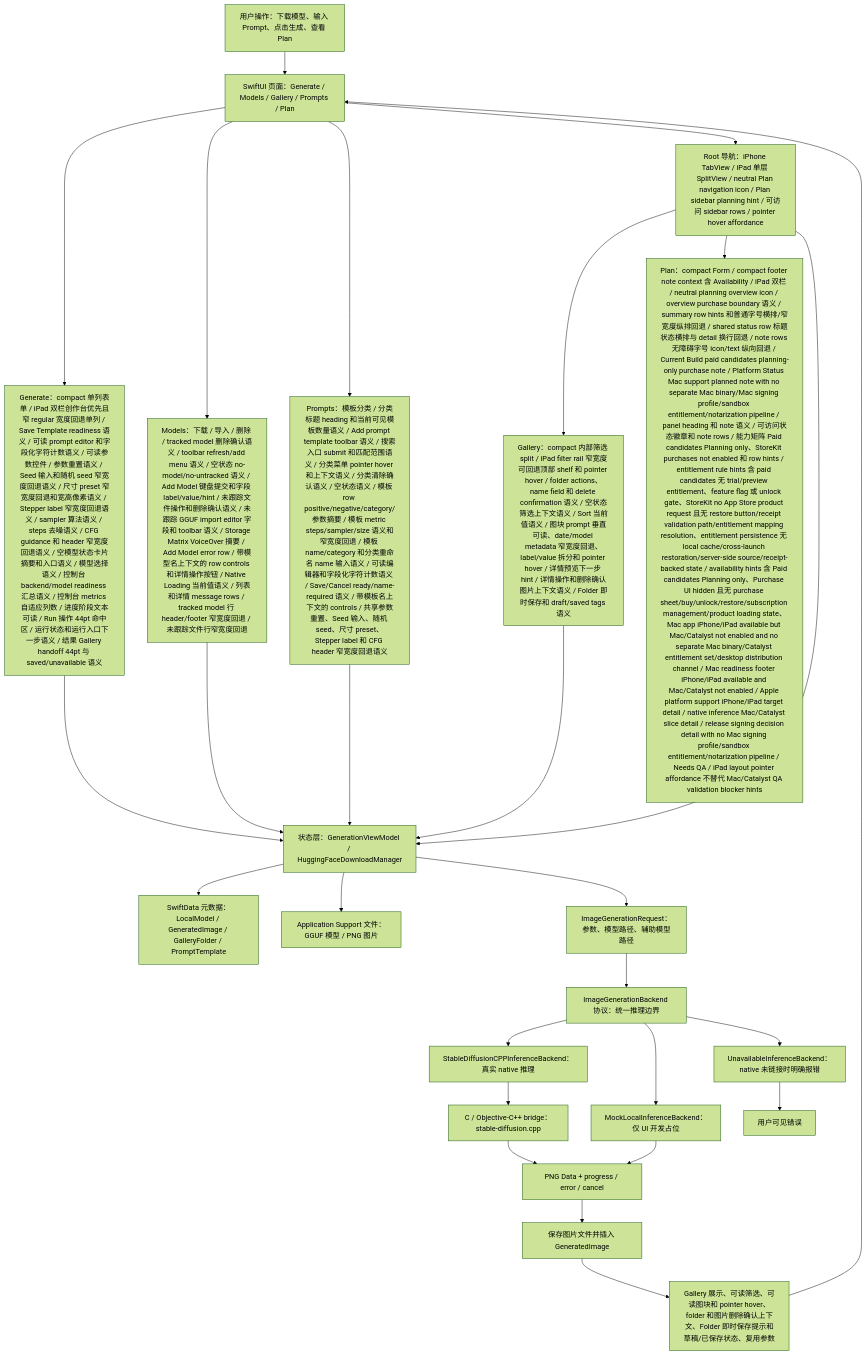
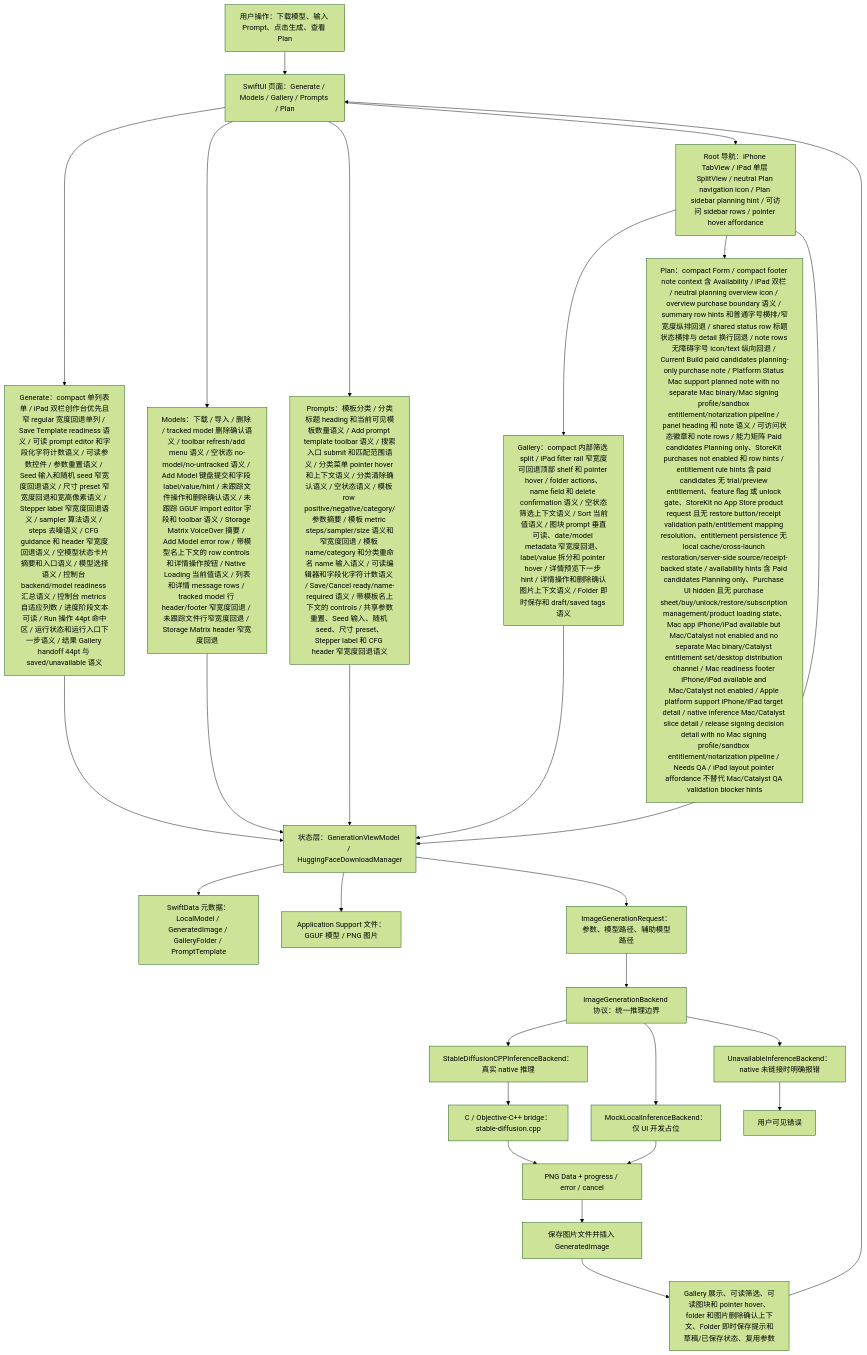
One commit to Altman-sam114/118 changed the first of 7 diagrams in md/flow/flowchart.md. Above: the diagram before and after it, drawn with Mermaid (forest theme). The commit also changed 5 other files, not shown here.

First line of the commit message:
v1.139: Storage matrix header fallback

````diff
--- a/md/flow/flowchart.md
+++ b/md/flow/flowchart.md
@@ -9,29 +9,29 @@
 ```mermaid
 flowchart TD
   U["用户操作：下载模型、输入 Prompt、点击生成、查看 Plan"] --> UI["SwiftUI 页面：Generate / Models / Gallery / Prompts / Plan"]
   UI --> GENUI["Generate：compact 单列表单 / iPad 双栏创作台优先且窄 regular 宽度回退单列 / Save Template readiness 语义 / 可读 prompt editor 和字段化字符计数语义 / 可读参数控件 / 参数重置语义 / Seed 输入和随机 seed 窄宽度回退语义 / 尺寸 preset 窄宽度回退和宽高像素语义 / Stepper label 窄宽度回退语义 / sampler 算法语义 / steps 去噪语义 / CFG guidance 和 header 窄宽度回退语义 / 空模型状态卡片摘要和入口语义 / 模型选择语义 / 控制台 backend/model readiness 汇总语义 / 控制台 metrics 自适应列数 / 进度阶段文本可读 / Run 操作 44pt 命中区 / 运行状态和运行入口下一步语义 / 结果 Gallery handoff 44pt 与 saved/unavailable 语义"]
-  UI --> MODELUI["Models：下载 / 导入 / 删除 / tracked model 删除确认语义 / toolbar refresh/add menu 语义 / 空状态 no-model/no-untracked 语义 / Add Model 键盘提交和字段 label/value/hint / 未跟踪文件操作和删除确认语义 / 未跟踪 GGUF import editor 字段和 toolbar 语义 / Storage Matrix VoiceOver 摘要 / Add Model error row / 带模型名上下文的 row controls 和详情操作按钮 / Native Loading 当前值语义 / 列表和详情 message rows / tracked model 行 header/footer 窄宽度回退 / 未跟踪文件行窄宽度回退"]
+  UI --> MODELUI["Models：下载 / 导入 / 删除 / tracked model 删除确认语义 / toolbar refresh/add menu 语义 / 空状态 no-model/no-untracked 语义 / Add Model 键盘提交和字段 label/value/hint / 未跟踪文件操作和删除确认语义 / 未跟踪 GGUF import editor 字段和 toolbar 语义 / Storage Matrix VoiceOver 摘要 / Add Model error row / 带模型名上下文的 row controls 和详情操作按钮 / Native Loading 当前值语义 / 列表和详情 message rows / tracked model 行 header/footer 窄宽度回退 / 未跟踪文件行窄宽度回退 / Storage Matrix header 窄宽度回退"]
   UI --> PROMPTUI["Prompts：模板分类 / 分类标题 heading 和当前可见模板数量语义 / Add prompt template toolbar 语义 / 搜索入口 submit 和匹配范围语义 / 分类菜单 pointer hover 和上下文语义 / 分类清除确认语义 / 空状态语义 / 模板 row positive/negative/category/参数摘要 / 模板 metric steps/sampler/size 语义和窄宽度回退 / 模板 name/category 和分类重命名 name 输入语义 / 可读编辑器和字段化字符计数语义 / Save/Cancel ready/name-required 语义 / 带模板名上下文的 controls / 共享参数重置、Seed 输入、随机 seed、尺寸 preset、Stepper label 和 CFG header 窄宽度回退语义"]
   UI --> NAV["Root 导航：iPhone TabView / iPad 单层 SplitView / neutral Plan navigation icon / Plan sidebar planning hint / 可访问 sidebar rows / pointer hover affordance"]
   NAV --> GALUI["Gallery：compact 内部筛选 split / iPad filter rail 窄宽度可回退顶部 shelf 和 pointer hover / folder actions、name field 和 delete confirmation 语义 / 空状态筛选上下文语义 / Sort 当前值语义 / 图块 prompt 垂直可读、date/model metadata 窄宽度回退、label/value 拆分和 pointer hover / 详情预览下一步 hint / 详情操作和删除确认图片上下文语义 / Folder 即时保存和 draft/saved tags 语义"]
   NAV --> PLANUI["Plan：compact Form / compact footer note context 含 Availability / iPad 双栏 / neutral planning overview icon / overview purchase boundary 语义 / summary row hints 和普通字号横排/窄宽度纵排回退 / shared status row 标题状态横排与 detail 换行回退 / note rows 无障碍字号 icon/text 纵向回退 / Current Build paid candidates planning-only purchase note / Platform Status Mac support planned note with no separate Mac binary/Mac signing profile/sandbox entitlement/notarization pipeline / panel heading 和 note 语义 / 可访问状态徽章和 note rows / 能力矩阵 Paid candidates Planning only、StoreKit purchases not enabled 和 row hints / entitlement rule hints 含 paid candidates 无 trial/preview entitlement、feature flag 或 unlock gate、StoreKit no App Store product request 且无 restore button/receipt validation path/entitlement mapping resolution、entitlement persistence 无 local cache/cross-launch restoration/server-side source/receipt-backed state / availability hints 含 Paid candidates Planning only、Purchase UI hidden 且无 purchase sheet/buy/unlock/restore/subscription management/product loading state、Mac app iPhone/iPad available but Mac/Catalyst not enabled and no separate Mac binary/Catalyst entitlement set/desktop distribution channel / Mac readiness footer iPhone/iPad available and Mac/Catalyst not enabled / Apple platform support iPhone/iPad target detail / native inference Mac/Catalyst slice detail / release signing decision detail with no Mac signing profile/sandbox entitlement/notarization pipeline / Needs QA / iPad layout pointer affordance 不替代 Mac/Catalyst QA validation blocker hints"]
   NAV --> VM["状态层：GenerationViewModel / HuggingFaceDownloadManager"]
   GENUI --> VM
   MODELUI --> VM
   PROMPTUI --> VM
   GALUI --> VM
   VM --> SD["SwiftData 元数据：LocalModel / GeneratedImage / GalleryFolder / PromptTemplate"]
   VM --> FS["Application Support 文件：GGUF 模型 / PNG 图片"]
   VM --> REQ["ImageGenerationRequest：参数、模型路径、辅助模型路径"]
   REQ --> IFACE["ImageGenerationBackend 协议：统一推理边界"]
   IFACE --> NATIVE["StableDiffusionCPPInferenceBackend：真实 native 推理"]
   IFACE --> MOCK["MockLocalInferenceBackend：仅 UI 开发占位"]
   IFACE --> OFF["UnavailableInferenceBackend：native 未链接时明确报错"]
   NATIVE --> BRIDGE["C / Objective-C++ bridge：stable-diffusion.cpp"]
   BRIDGE --> PNG["PNG Data + progress / error / cancel"]
   MOCK --> PNG
   OFF --> ERR["用户可见错误"]
   PNG --> SAVE["保存图片文件并插入 GeneratedImage"]
   SAVE --> GALLERY["Gallery 展示、可读筛选、可读图块和 pointer hover、folder 和图片删除确认上下文、Folder 即时保存提示和草稿/已保存状态、复用参数"]
   GALLERY --> UI
 ```
````
